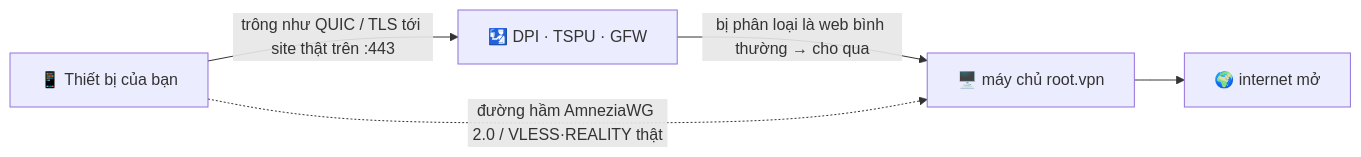
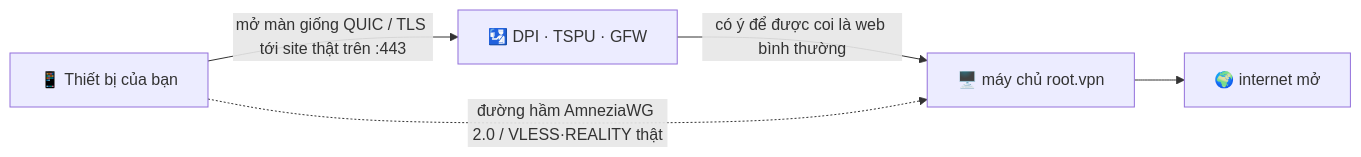
The diagram in README.vi.md (vektort13/root.vpn), drawn with Mermaid before and after one commit. The commit also changed other lines of this file and 3 other files, not shown here.

````diff
--- a/README.vi.md
+++ b/README.vi.md
@@ -62,7 +69,7 @@
 ```mermaid
 flowchart LR
-    C["📱 Thiết bị của bạn"] -->|"trông như QUIC / TLS tới site thật trên :443"| DPI["🛂 DPI · TSPU · GFW"]
-    DPI -->|"bị phân loại là web bình thường → cho qua"| S["🖥️ máy chủ root.vpn"]
+    C["📱 Thiết bị của bạn"] -->|"mở màn giống QUIC / TLS tới site thật trên :443"| DPI["🛂 DPI · TSPU · GFW"]
+    DPI -->|"có ý để được coi là web bình thường"| S["🖥️ máy chủ root.vpn"]
     C -. "đường hầm AmneziaWG 2.0 / VLESS·REALITY thật" .-> S
     S --> NET["🌍 internet mở"]
 ```
````
